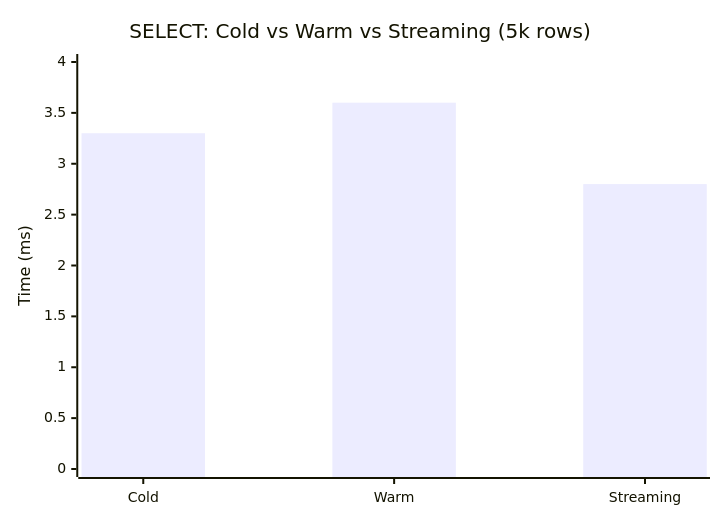
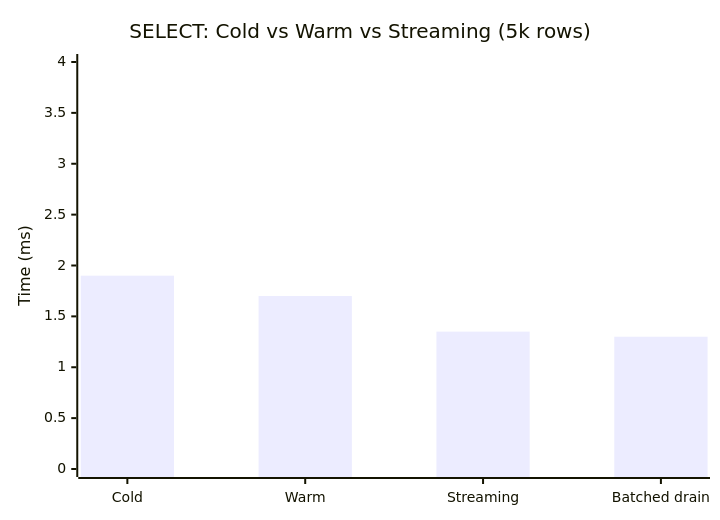
Before and after one commit to cesar-carlos/dart_odbc_fast: the third of 3 diagrams in native/doc/performance_comparison.md, drawn with Mermaid. The commit also changed other lines of this file and 3 other files, not shown here.

````diff
--- a/native/doc/performance_comparison.md
+++ b/native/doc/performance_comparison.md
@@ -130,7 +133,7 @@
 ```mermaid
 xychart-beta
     title "SELECT: Cold vs Warm vs Streaming (5k rows)"
-    x-axis ["Cold", "Warm", "Streaming"]
+    x-axis ["Cold", "Warm", "Streaming", "Batched drain"]
     y-axis "Time (ms)" 0 --> 4
-    bar [3.3, 3.6, 2.8]
+    bar [1.9, 1.7, 1.35, 1.3]
 ```
````
